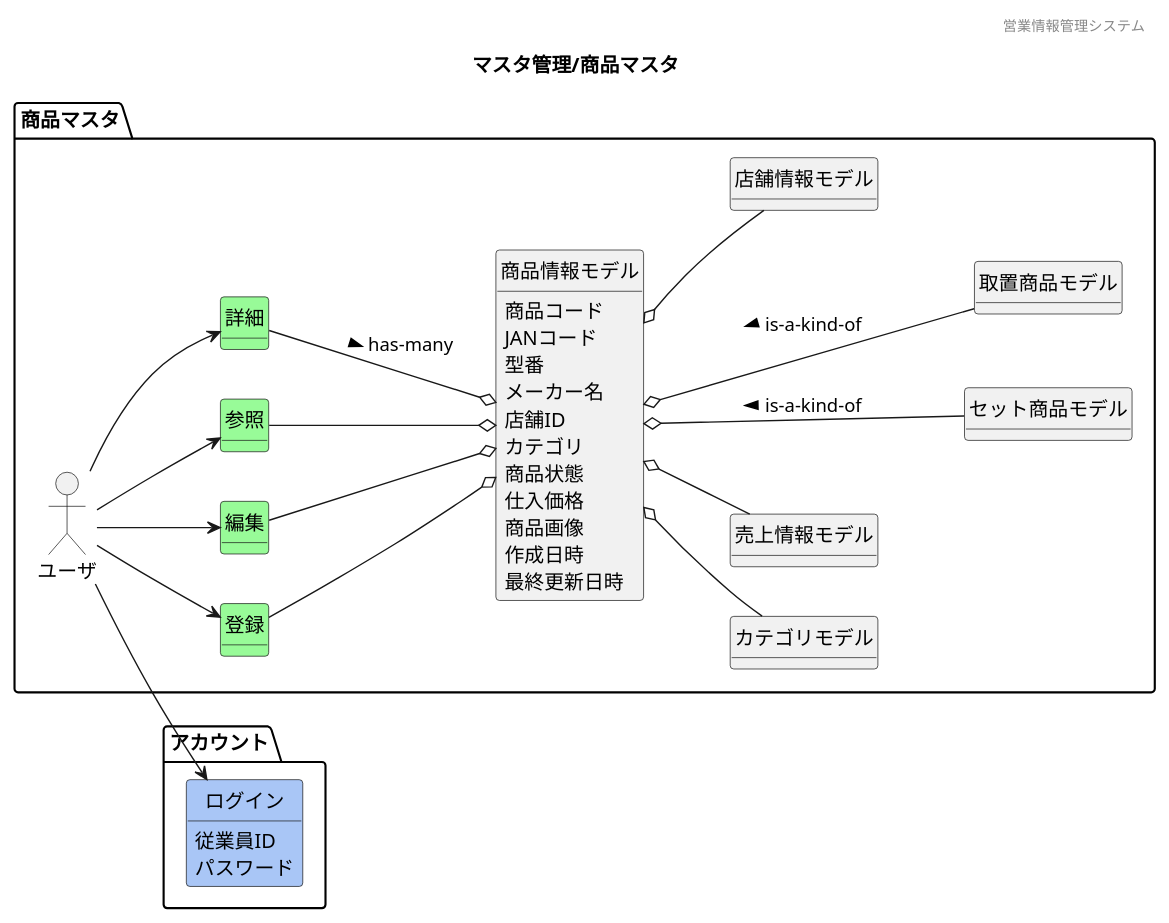
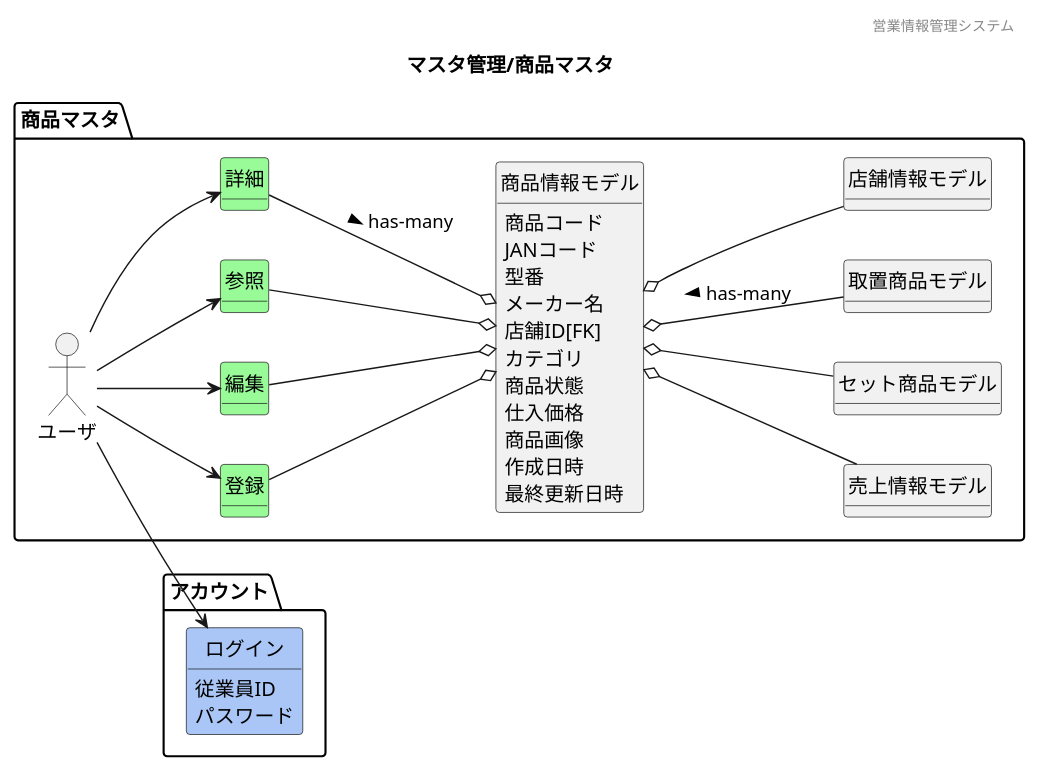
The diagram in 各種設計書/1ドメインモデル図/マスタ管理/F03商品マスタ.plantuml (HaruShim/Sotuken), drawn with PlantUML before and after one commit. The commit also changed 11 other files, not shown here.

```diff
--- a/各種設計書/1ドメインモデル図/マスタ管理/F03商品マスタ.plantuml
+++ b/各種設計書/1ドメインモデル図/マスタ管理/F03商品マスタ.plantuml
@@ -1,73 +1,71 @@
 @startuml images/マスタ管理/商品マスタ
 ' ヘッダー
 header 営業情報管理システム
 ' タイトル
 title マスタ管理/商品マスタ
 ' 
 hide circle
 ' 
 hide method
 left to right direction
 
 package "アカウント"{
     class "ログイン" #A9C6F6
 
 }
 
 package "商品マスタ" {
     'ユーザや外部システム
     mix_actor "ユーザ"
     class "登録" #98fb98
     class "編集" #98fb98
     class "参照" #98fb98
     class "詳細" #98fb98
     ' メインのモデルは赤
-    class "商品情報モデル" #F5A9BC
-    class "カテゴリモデル" 
+    ' class "商品情報モデル" #F5A9BC
     ' package "ベンチマークマスタ"{
     '     class "GPUベンチマークモデル"
     '     class "CPUベンチマークモデル"
     ' }
     class "商品情報モデル"
     class "売上情報モデル" 
     class "セット商品モデル"
     class "取置商品モデル"
     class "店舗情報モデル"
 
     'モデル同士の関係
     ユーザ --> 参照
     ユーザ --> 登録
     ユーザ --> 編集
     ユーザ --> 詳細
     ユーザ --> ログイン
     参照 --o 商品情報モデル
     登録 --o 商品情報モデル 
     編集 --o 商品情報モデル 
     詳細 --o 商品情報モデル : > has-many
-    商品情報モデル o-- カテゴリモデル
     商品情報モデル o-- 売上情報モデル
-    商品情報モデル o--- 取置商品モデル : < is-a-kind-of
+    商品情報モデル o-- 取置商品モデル : < has-many
 
-    商品情報モデル o--- セット商品モデル : < is-a-kind-of
+    商品情報モデル o-- セット商品モデル
     商品情報モデル o-- 店舗情報モデル
     'ドメインクラスの属性
     ログイン : 従業員ID
 
     ログイン : パスワード
     商品情報モデル : 商品コード
     商品情報モデル : JANコード
     商品情報モデル : 型番
     商品情報モデル : メーカー名
-    商品情報モデル : 店舗ID
+    商品情報モデル : 店舗ID[FK]
     商品情報モデル : カテゴリ
     商品情報モデル : 商品状態    
     商品情報モデル : 仕入価格
     商品情報モデル : 商品画像
     商品情報モデル : 作成日時
     商品情報モデル : 最終更新日時
 }
 
 
 
 
 @enduml
```
